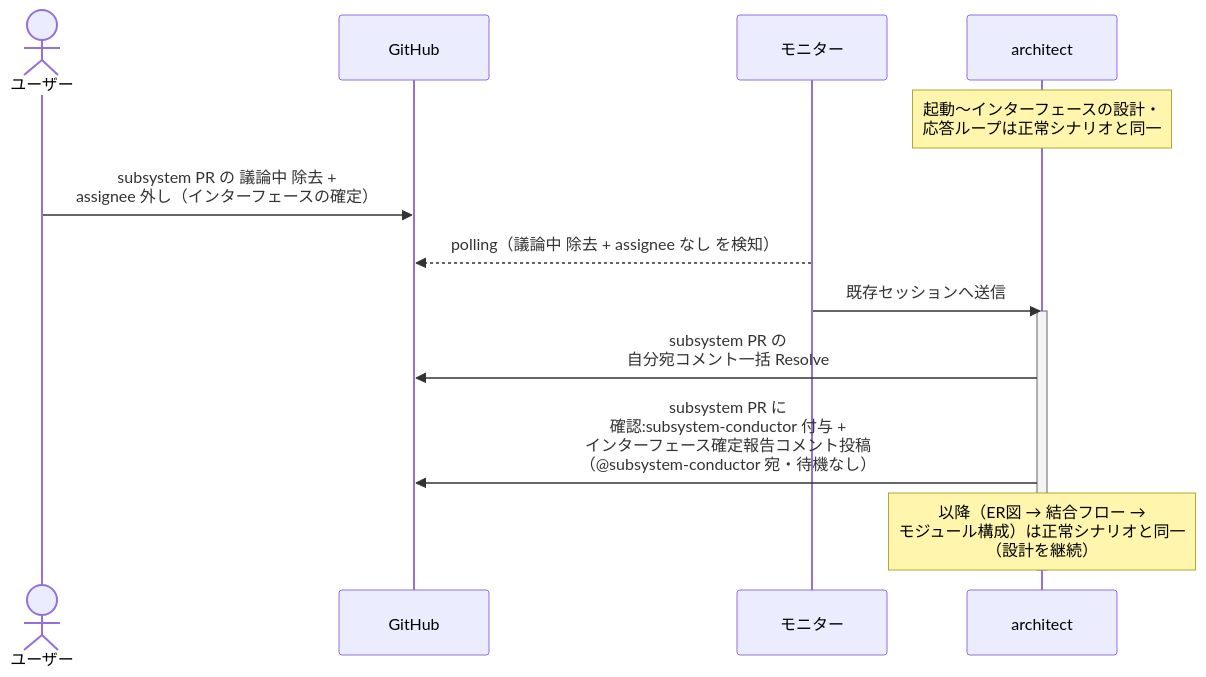
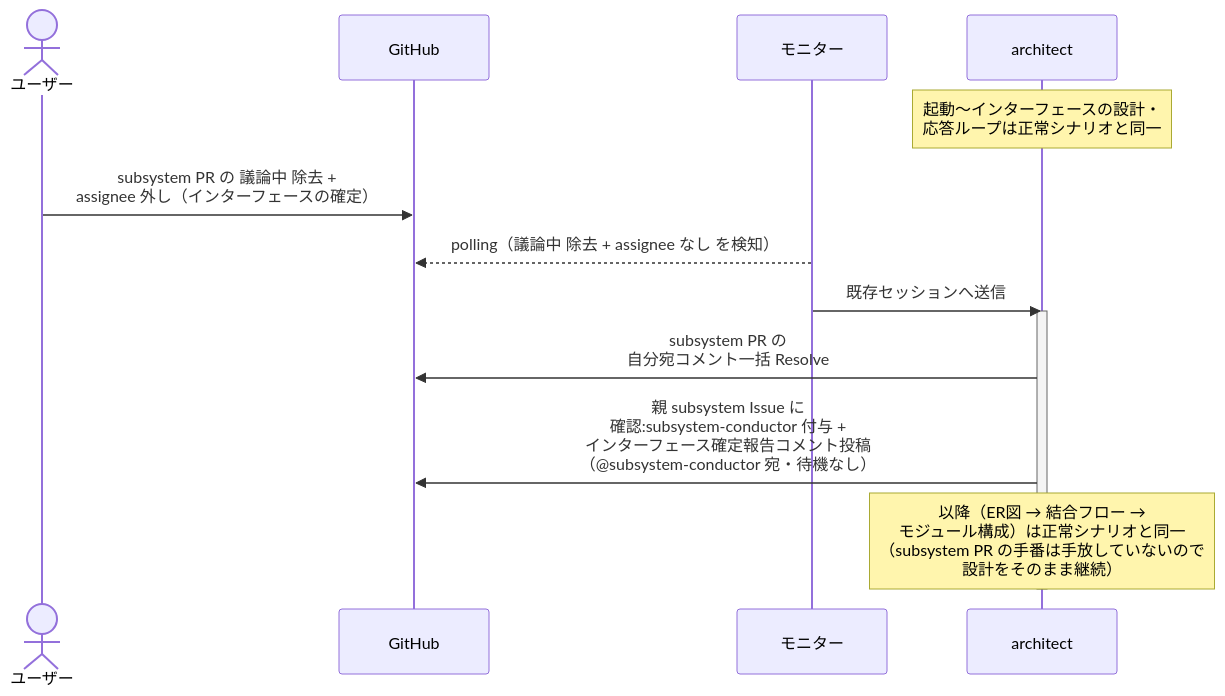
Before and after one commit to shuhei1101/ai-monitor: the second of 7 diagrams in docs/wiki/設計図/シナリオ/単一ユースケース/SS設計.md, drawn with Mermaid. The commit also changed other lines of this file and 77 other files, not shown here.

````diff
--- a/docs/wiki/設計図/シナリオ/単一ユースケース/SS設計.md
+++ b/docs/wiki/設計図/シナリオ/単一ユースケース/SS設計.md
@@ -104,17 +105,17 @@
 ```mermaid
 sequenceDiagram
   actor U as ユーザー
   participant GH as GitHub
   participant ORC as モニター
   participant MON as architect
 
   Note over MON: 起動〜インターフェースの設計・<br>応答ループは正常シナリオと同一
   U->>GH: subsystem PR の 議論中 除去 +<br>assignee 外し（インターフェースの確定）
   ORC-->>GH: polling（議論中 除去 + assignee なし を検知）
   ORC->>MON: 既存セッションへ送信
   activate MON
   MON->>GH: subsystem PR の<br>自分宛コメント一括 Resolve
-  MON->>GH: subsystem PR に<br>確認:subsystem-conductor 付与 +<br>インターフェース確定報告コメント投稿<br>（@subsystem-conductor 宛・待機なし）
-  Note over MON: 以降（ER図 → 結合フロー →<br>モジュール構成）は正常シナリオと同一<br>（設計を継続）
+  MON->>GH: 親 subsystem Issue に<br>確認:subsystem-conductor 付与 +<br>インターフェース確定報告コメント投稿<br>（@subsystem-conductor 宛・待機なし）
+  Note over MON: 以降（ER図 → 結合フロー →<br>モジュール構成）は正常シナリオと同一<br>（subsystem PR の手番は手放していないので<br>設計をそのまま継続）
   deactivate MON
 ```
````
